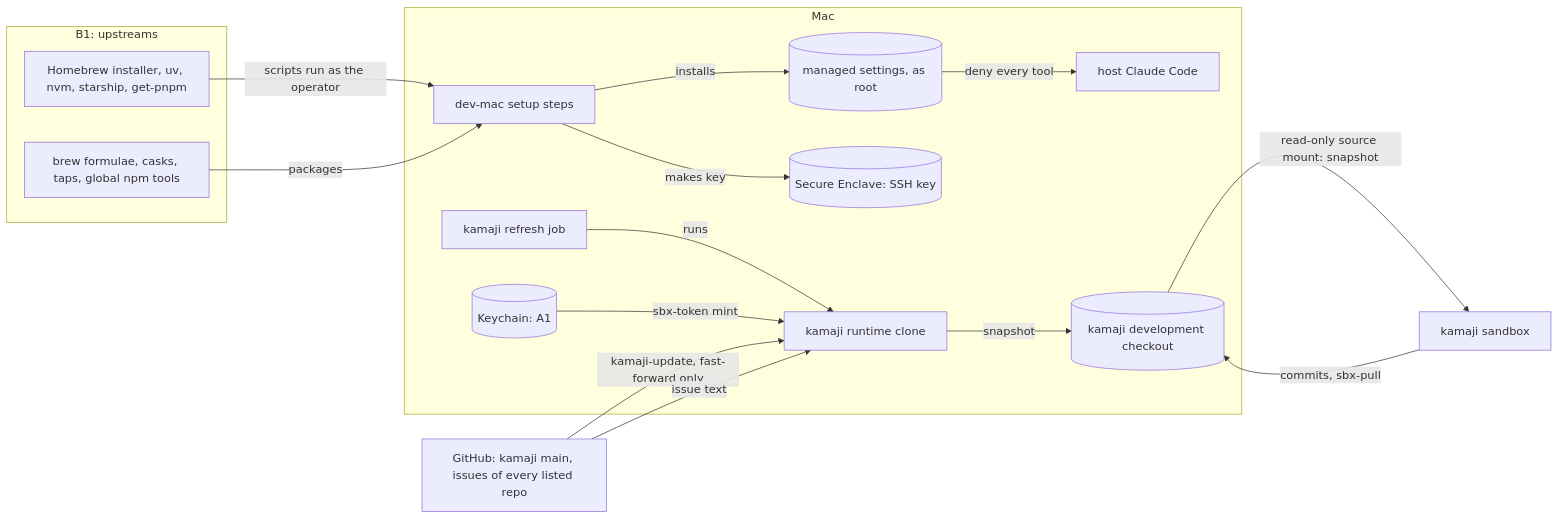
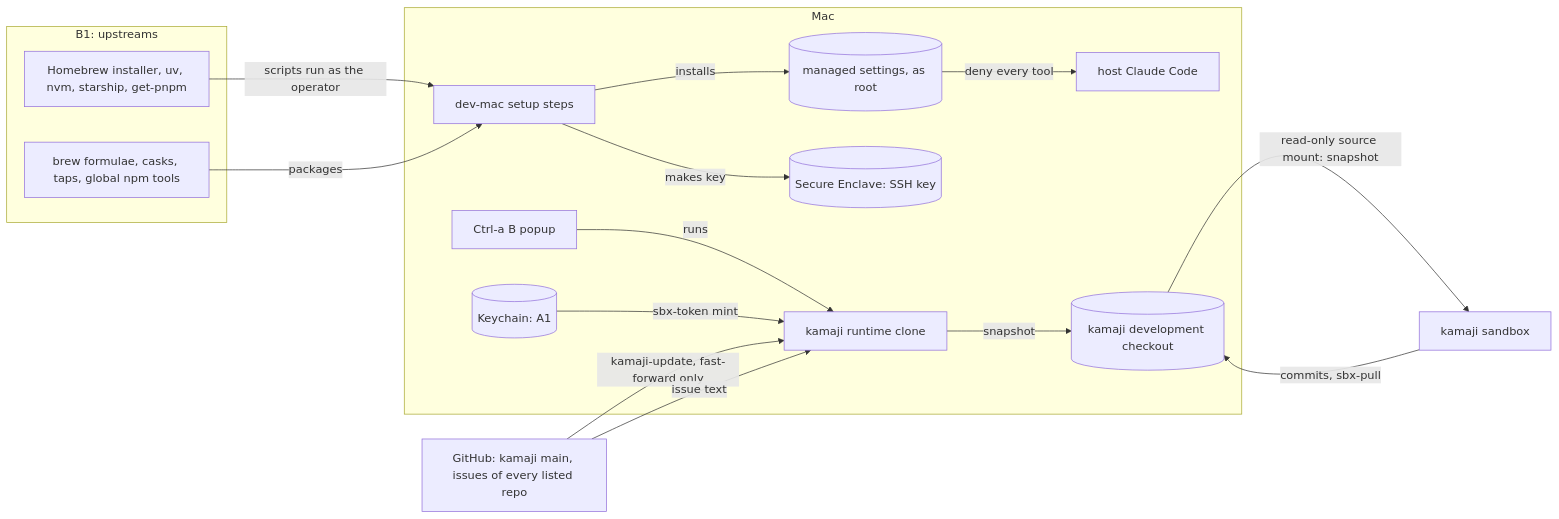
The diagram in docs/threat-model/profile-dev-mac.md (domtriola/dotfiles), drawn with Mermaid before and after one commit. The commit also changed other lines of this file and 6 other files, not shown here.

First line of the commit message:
Remove the kamaji refresh job

````diff
--- a/docs/threat-model/profile-dev-mac.md
+++ b/docs/threat-model/profile-dev-mac.md
@@ -58,32 +58,32 @@
 ```mermaid
 flowchart LR
   subgraph Internet["B1: upstreams"]
     installers[Homebrew installer, uv, nvm, starship, get-pnpm]
     pkgs[brew formulae, casks, taps, global npm tools]
   end
   subgraph Mac["Mac"]
     setup[dev-mac setup steps]
     managed[(managed settings, as root)]
     claude[host Claude Code]
     se[(Secure Enclave: SSH key)]
     runtime[kamaji runtime clone]
-    job[kamaji refresh job]
+    popup[Ctrl-a B popup]
     keychain[(Keychain: A1)]
     devco[(kamaji development checkout)]
   end
   github[GitHub: kamaji main, issues of every listed repo]
   sandbox[kamaji sandbox]
 
   installers -- scripts run as the operator --> setup
   pkgs -- packages --> setup
   setup -- installs --> managed
   managed -- deny every tool --> claude
   setup -- makes key --> se
   github -- kamaji-update, fast-forward only --> runtime
-  job -- runs --> runtime
+  popup -- runs --> runtime
   keychain -- sbx-token mint --> runtime
   github -- issue text --> runtime
   runtime -- snapshot --> devco
   devco -- read-only source mount: snapshot --> sandbox
   sandbox -- commits, sbx-pull --> devco
 ```
````
